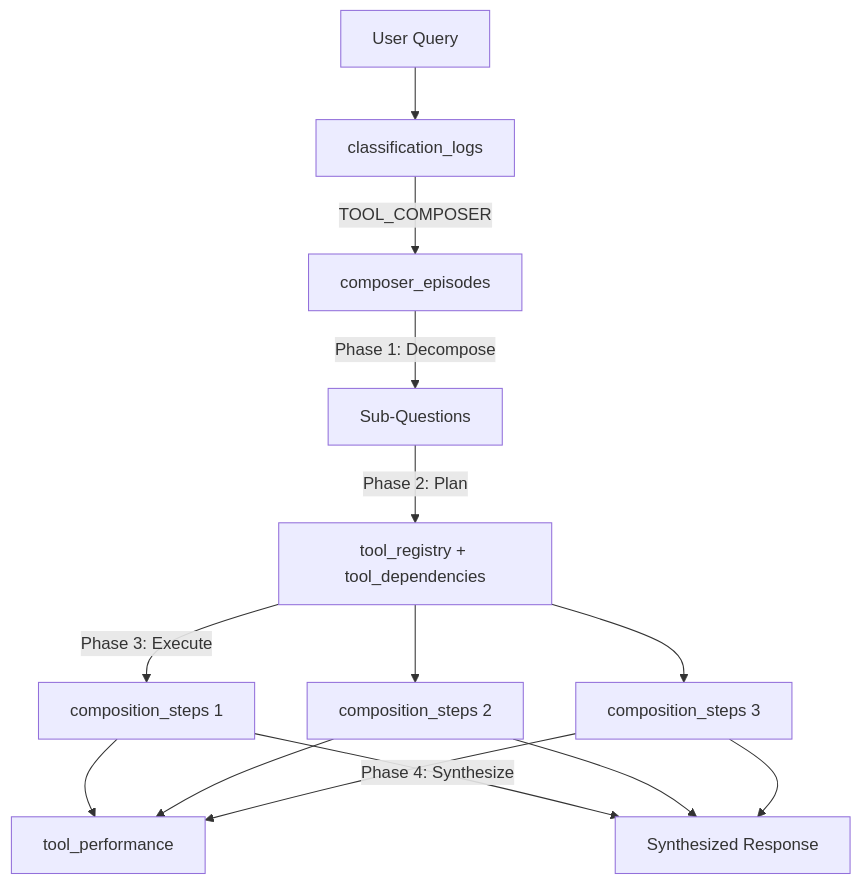
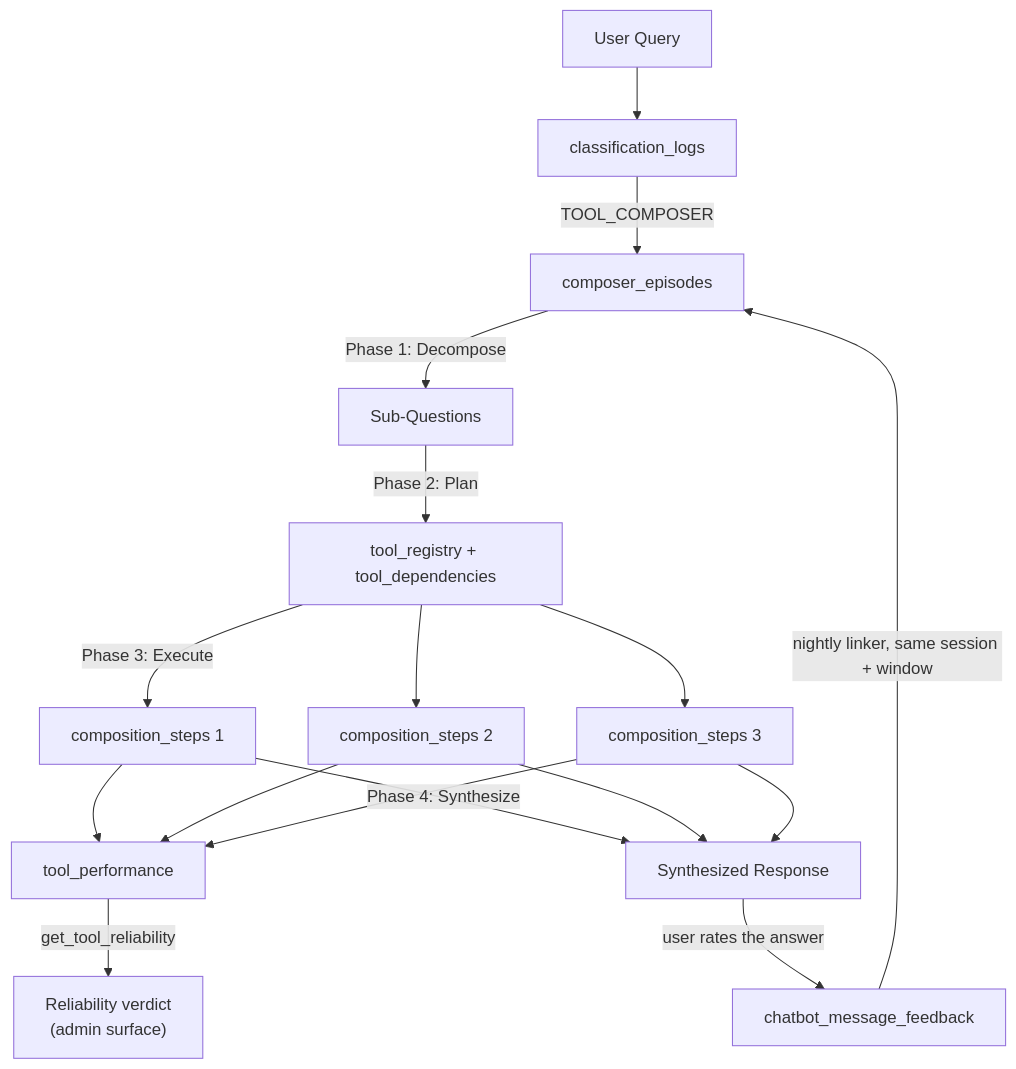
The fourth of 4 diagrams in docs/data/03-ML-PIPELINE-SCHEMA.md (enunezvn/e2i_causal_analytics), drawn with Mermaid before and after one commit. The commit also changed other lines of this file, not shown here.

First line of the commit message:
docs(learning-loop): close the flowchart loop — feedback in, reliability out

````diff
--- a/docs/data/03-ML-PIPELINE-SCHEMA.md
+++ b/docs/data/03-ML-PIPELINE-SCHEMA.md
@@ -1651,16 +1651,19 @@
 ```mermaid
 flowchart TD
     Q[User Query] --> CL[classification_logs]
     CL -->|TOOL_COMPOSER| CE[composer_episodes]
     CE -->|Phase 1: Decompose| SQ[Sub-Questions]
     SQ -->|Phase 2: Plan| TR[tool_registry + tool_dependencies]
     TR -->|Phase 3: Execute| CS1[composition_steps 1]
     TR --> CS2[composition_steps 2]
     TR --> CS3[composition_steps 3]
     CS1 --> TP[tool_performance]
     CS2 --> TP
     CS3 --> TP
     CS1 -->|Phase 4: Synthesize| R[Synthesized Response]
     CS2 --> R
     CS3 --> R
+    R -->|user rates the answer| FB[chatbot_message_feedback]
+    FB -->|nightly linker, same session + window| CE
+    TP -->|get_tool_reliability| RV["Reliability verdict\n(admin surface)"]
 ```
````
